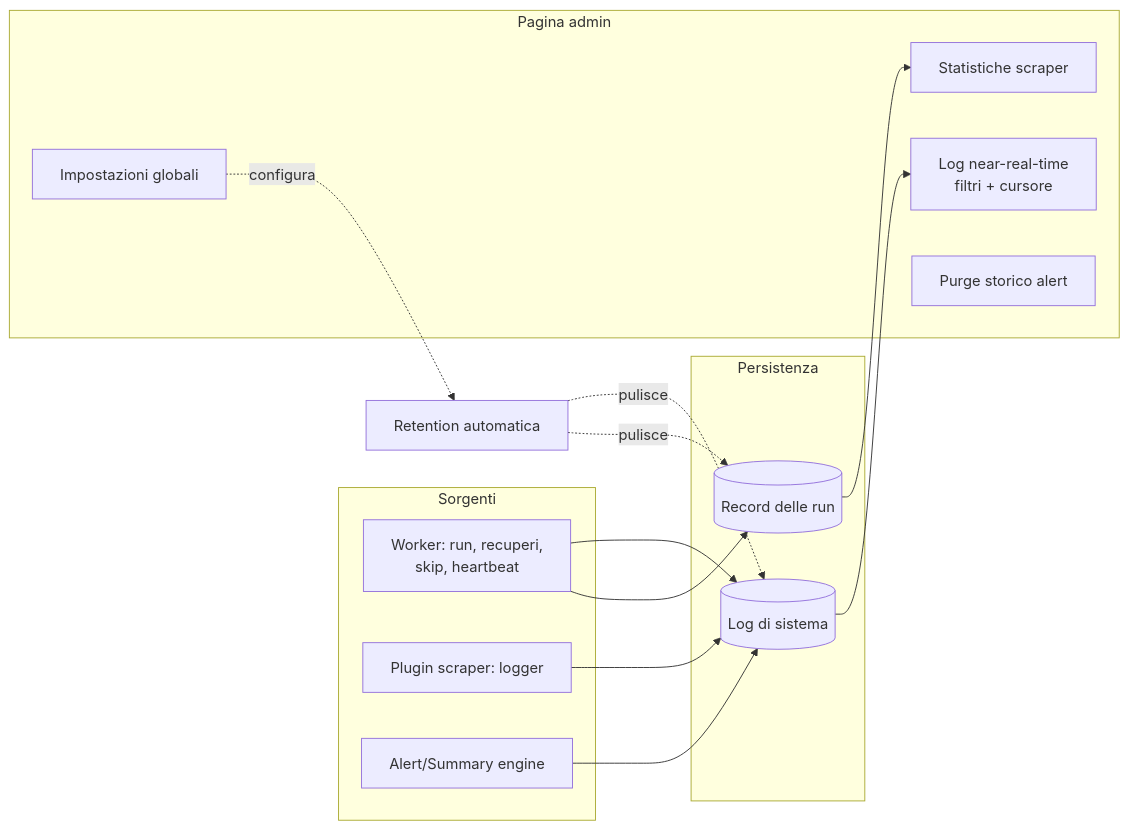
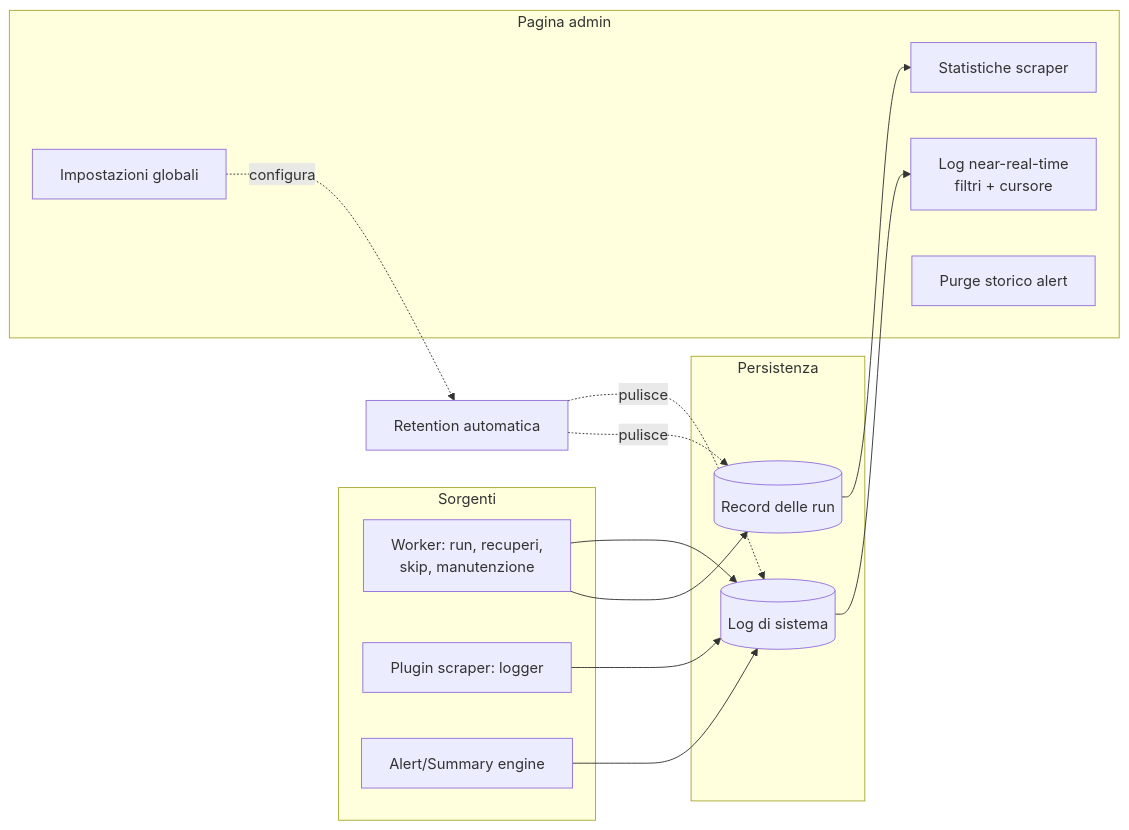
One commit to caporalesimone/watch-em-all changed the diagram in docs-ita/3-features/admin/system-logs-and-maintenance.md. Above: the diagram before and after it, drawn with Mermaid. The commit also changed other lines of this file and 9 other files, not shown here.

````diff
--- a/docs-ita/3-features/admin/system-logs-and-maintenance.md
+++ b/docs-ita/3-features/admin/system-logs-and-maintenance.md
@@ -24,22 +28,22 @@
 ```mermaid
 flowchart LR
     subgraph "Sorgenti"
-        W[Worker: run, recuperi,<br/>skip, heartbeat]
+        W[Worker: run, recuperi,<br/>skip, manutenzione]
         S[Plugin scraper: logger]
         AE[Alert/Summary engine]
     end
     subgraph "Persistenza"
         SL[(Log di sistema)]
         RUNS[(Record delle run)]
     end
     subgraph "Pagina admin"
         LIVE[Log near-real-time<br/>filtri + cursore]
         STATS[Statistiche scraper]
         SET[Impostazioni globali]
         PURGE[Purge storico alert]
     end
     W & S & AE --> SL --> LIVE
     W --> RUNS --> STATS
     RET[Retention automatica] -.pulisce.-> SL & RUNS
     SET -.configura.-> RET
 ```
````
